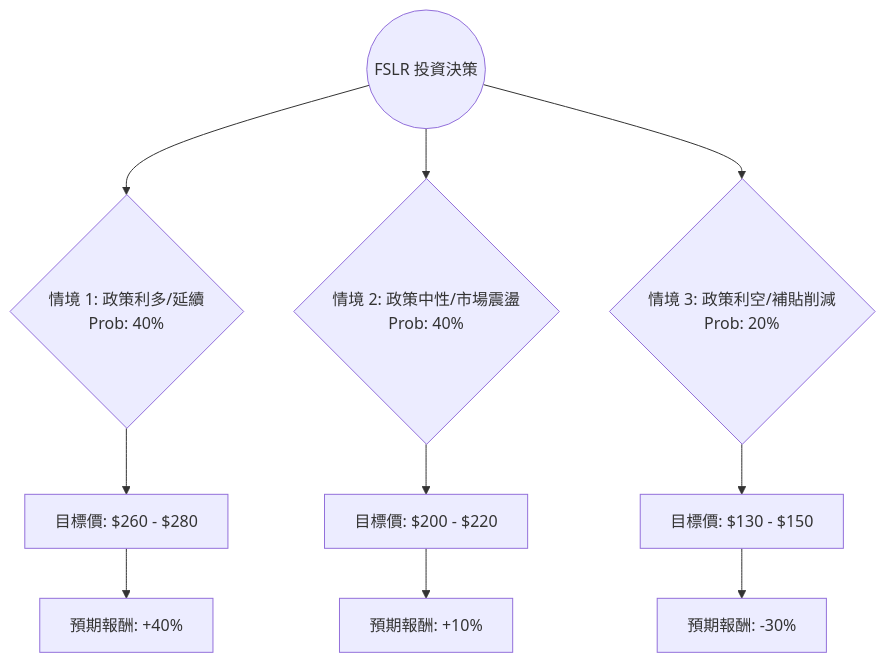
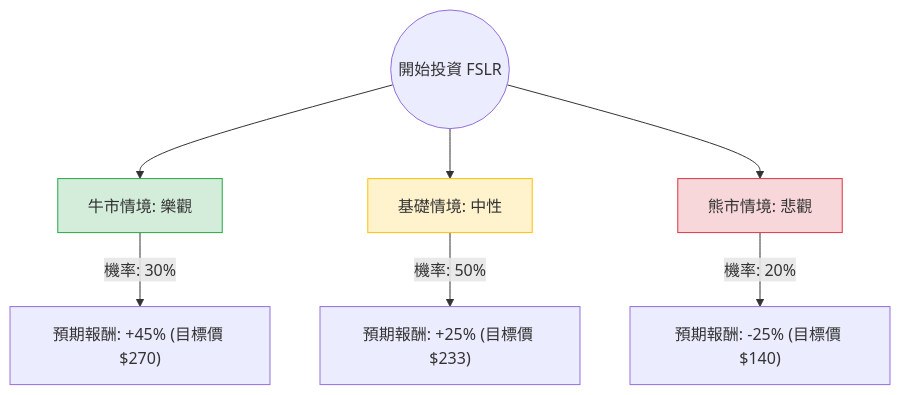
Before and after one commit to zmcx16/zmcx16.github.io: the diagram in plugin-react/ai-analysis/ev-analysis/FSLR.md, drawn with Mermaid. The commit also changed other lines of this file and 68 other files, not shown here.

````diff
--- a/plugin-react/ai-analysis/ev-analysis/FSLR.md
+++ b/plugin-react/ai-analysis/ev-analysis/FSLR.md
@@ -19,15 +19,14 @@
 ```mermaid
 graph TD
-    Root((FSLR 投資決策)) --> A{情境 1: 政策利多/延續 <br/> Prob: 40%}
-    Root --> B{情境 2: 政策中性/市場震盪 <br/> Prob: 40%}
-    Root --> C{情境 3: 政策利空/補貼削減 <br/> Prob: 20%}
+    Start((開始投資 FSLR)) --> Bull[牛市情境: 樂觀]
+    Start --> Base[基礎情境: 中性]
+    Start --> Bear[熊市情境: 悲觀]
 
-    A --> A1[目標價: $260 - $280]
-    A1 --> A2[預期報酬: +40%]
+    Bull -- "機率: 30%" --> BullVal["預期報酬: +45% (目標價 $270)"]
+    Base -- "機率: 50%" --> BaseVal["預期報酬: +25% (目標價 $233)"]
+    Bear -- "機率: 20%" --> BearVal["預期報酬: -25% (目標價 $140)"]
 
-    B --> B1[目標價: $200 - $220]
-    B1 --> B2[預期報酬: +10%]
-
-    C --> C1[目標價: $130 - $150]
-    C1 --> C2[預期報酬: -30%]
+    style Bull fill:#d4edda,stroke:#28a745
+    style Base fill:#fff3cd,stroke:#ffc107
+    style Bear fill:#f8d7da,stroke:#dc3545
 ```
````
